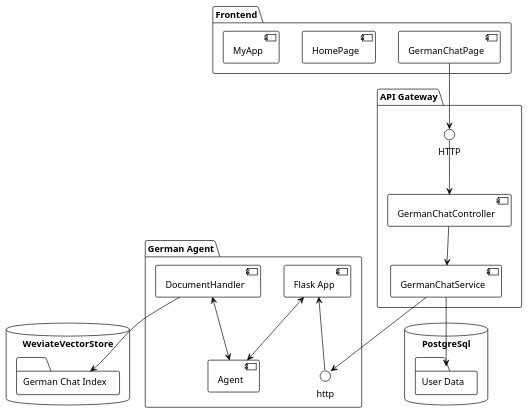
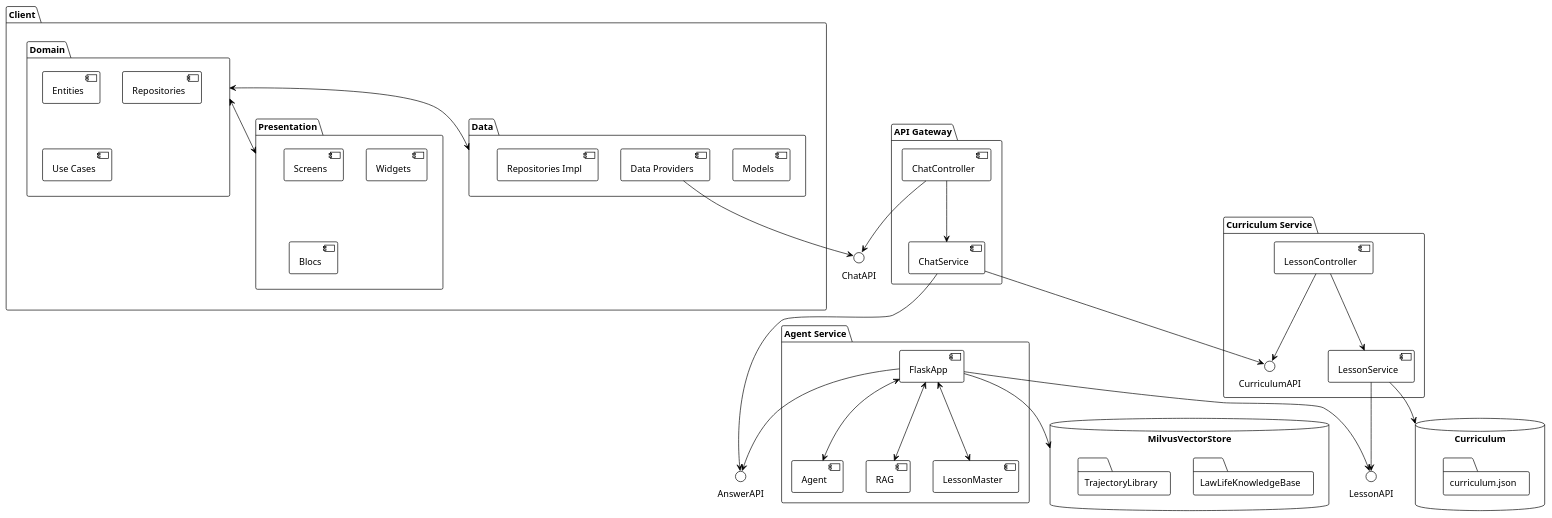
One commit to al-holm/aika changed the diagram in docs/diagrams/res/component_plantUML.puml. Above: the diagram before and after it, drawn with PlantUML. The commit also changed 32 other files, not shown here.

Commit message:
docs api, architecture

```diff
--- a/docs/diagrams/res/component_plantUML.puml
+++ b/docs/diagrams/res/component_plantUML.puml
@@ -1,40 +1,69 @@
 @startuml
 !theme plain
 
-package "German Agent" {
-  [Flask App] <-- http
-  [Agent]
-  [DocumentHandler]
-  [Flask App] <--> [Agent]
-  [DocumentHandler] <--> [Agent]
+() AnswerAPI
+() LessonAPI
+() ChatAPI
+
+package "Agent Service" {
+  [FlaskApp] --> AnswerAPI
+  [FlaskApp] --> LessonAPI
+  [FlaskApp] <--> [Agent]
+  [FlaskApp] <--> [RAG]
+  [FlaskApp] <--> [LessonMaster]
 }
 
-package "API Gateway" {
-  () HTTP
-  HTTP --> [GermanChatController] 
-  [GermanChatService] --> http
-  [GermanChatService]
-  [GermanChatController] --> [GermanChatService]
+package "Curriculum Service" {
+  () CurriculumAPI
+  [LessonController] --> CurriculumAPI
+  [LessonController] --> [LessonService]
+  [LessonService] --> LessonAPI
 }
 
 
-package "Frontend" {
-  [GermanChatPage] --> HTTP 
-  [HomePage]
-  [MyApp]
+package "API Gateway" {
+  [ChatController] --> ChatAPI
+  [ChatService] --> AnswerAPI
+  [ChatService] --> CurriculumAPI
+  [ChatService]
+  [ChatController] --> [ChatService]
 }
 
 
-database "PostgreSql" {
-  folder "User Data" {
+package "Client" {
+  package "Presentation" {
+    [Screens]
+    [Widgets]
+    [Blocs]
+  }
+  package "Domain" {
+    [Entities] 
+    [Entities] 
+    [Repositories]
+    [Use Cases]
+  }
+    package "Data" {
+    [Models] 
+    [Data Providers]  --> ChatAPI
+    [Repositories Impl]
+  }
+  Domain <--> Presentation
+  Domain <--> Data
+}
+
+database "MilvusVectorStore" {
+  folder "LawLifeKnowledgeBase" {
+ }
+ folder "TrajectoryLibrary" {
  }
 }
 
-database "WeviateVectorStore" {
-  folder "German Chat Index" {
+database "Curriculum" {
+  folder "curriculum.json" {
  }
+
+LessonService --> Curriculum
+FlaskApp --> MilvusVectorStore
 }
 
-[DocumentHandler]--> [German Chat Index]
-[GermanChatService] --> [User Data]
 @enduml
```
